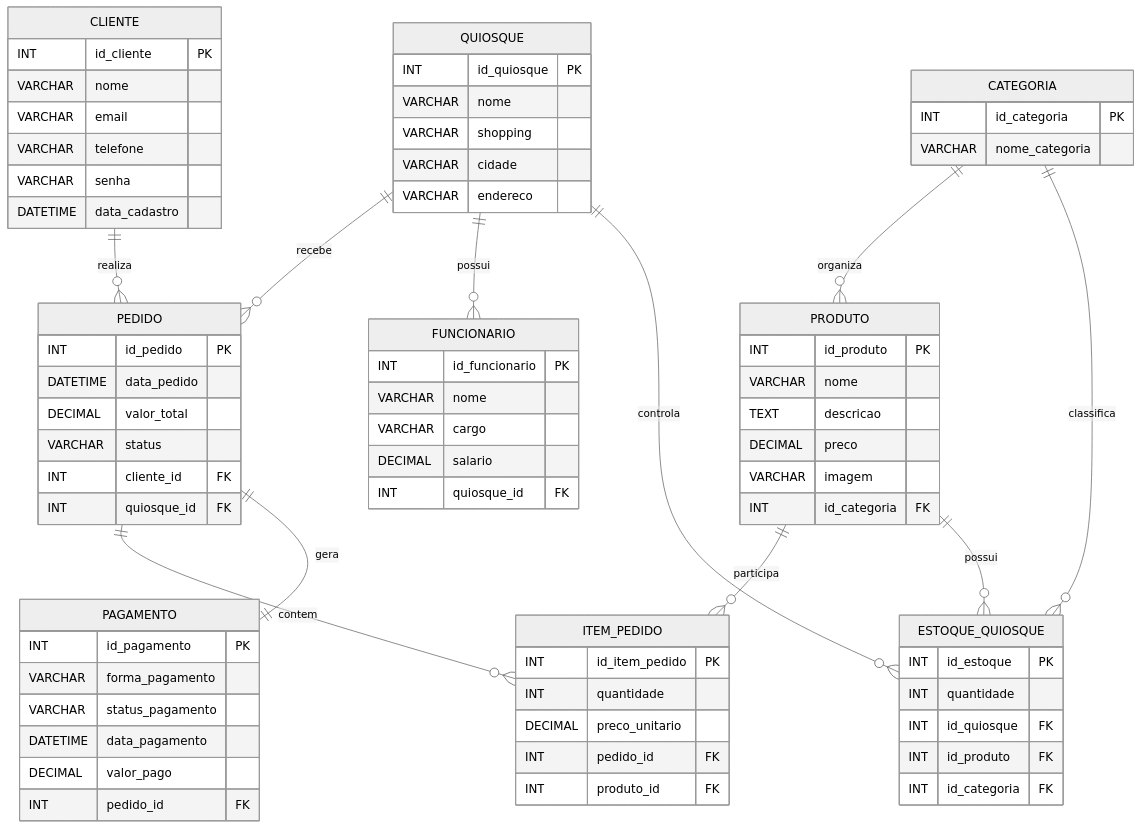
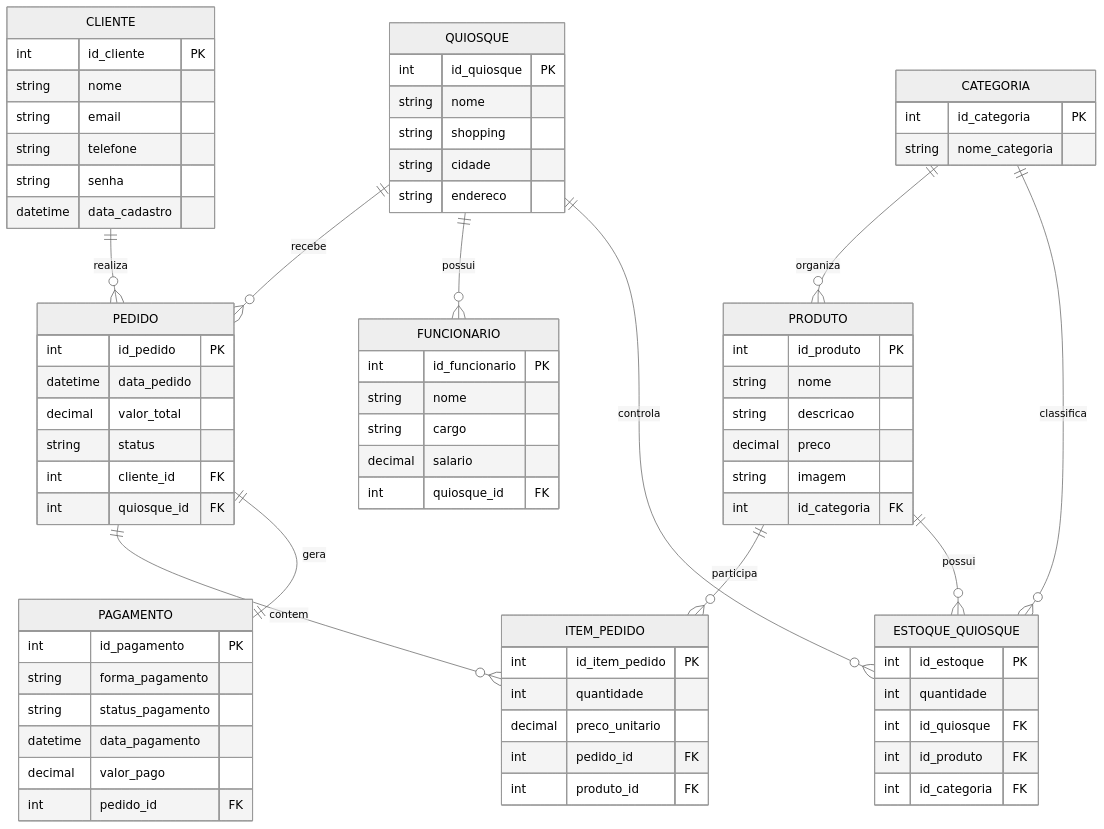
The diagram in README.md (SyntaxKills/doces_sobre_rodas), drawn with Mermaid (neutral theme) before and after one commit.

````diff
--- a/README.md
+++ b/README.md
@@ -56,5 +56,78 @@
 ```mermaid
 erDiagram
+
+CLIENTE {
+    int id_cliente PK
+    string nome
+    string email
+    string telefone
+    string senha
+    datetime data_cadastro
+}
+
+QUIOSQUE {
+    int id_quiosque PK
+    string nome
+    string shopping
+    string cidade
+    string endereco
+}
+
+FUNCIONARIO {
+    int id_funcionario PK
+    string nome
+    string cargo
+    decimal salario
+    int quiosque_id FK
+}
+
+CATEGORIA {
+    int id_categoria PK
+    string nome_categoria
+}
+
+PRODUTO {
+    int id_produto PK
+    string nome
+    string descricao
+    decimal preco
+    string imagem
+    int id_categoria FK
+}
+
+PEDIDO {
+    int id_pedido PK
+    datetime data_pedido
+    decimal valor_total
+    string status
+    int cliente_id FK
+    int quiosque_id FK
+}
+
+ITEM_PEDIDO {
+    int id_item_pedido PK
+    int quantidade
+    decimal preco_unitario
+    int pedido_id FK
+    int produto_id FK
+}
+
+PAGAMENTO {
+    int id_pagamento PK
+    string forma_pagamento
+    string status_pagamento
+    datetime data_pagamento
+    decimal valor_pago
+    int pedido_id FK
+}
+
+ESTOQUE_QUIOSQUE {
+    int id_estoque PK
+    int quantidade
+    int id_quiosque FK
+    int id_produto FK
+    int id_categoria FK
+}
 
 CLIENTE ||--o{ PEDIDO : realiza
 QUIOSQUE ||--o{ PEDIDO : recebe
@@ -62,81 +135,8 @@
 CATEGORIA ||--o{ PRODUTO : organiza
 PEDIDO ||--o{ ITEM_PEDIDO : contem
 PRODUTO ||--o{ ITEM_PEDIDO : participa
+PEDIDO ||--|| PAGAMENTO : gera
 QUIOSQUE ||--o{ ESTOQUE_QUIOSQUE : controla
 PRODUTO ||--o{ ESTOQUE_QUIOSQUE : possui
 CATEGORIA ||--o{ ESTOQUE_QUIOSQUE : classifica
-PEDIDO ||--|| PAGAMENTO : gera
-
-CLIENTE {
-    INT id_cliente PK
-    VARCHAR nome
-    VARCHAR email
-    VARCHAR telefone
-    VARCHAR senha
-    DATETIME data_cadastro
-}
-
-QUIOSQUE {
-    INT id_quiosque PK
-    VARCHAR nome
-    VARCHAR shopping
-    VARCHAR cidade
-    VARCHAR endereco
-}
-
-FUNCIONARIO {
-    INT id_funcionario PK
-    VARCHAR nome
-    VARCHAR cargo
-    DECIMAL salario
-    INT quiosque_id FK
-}
-
-CATEGORIA {
-    INT id_categoria PK
-    VARCHAR nome_categoria
-}
-
-PRODUTO {
-    INT id_produto PK
-    VARCHAR nome
-    TEXT descricao
-    DECIMAL preco
-    VARCHAR imagem
-    INT id_categoria FK
-}
-
-PEDIDO {
-    INT id_pedido PK
-    DATETIME data_pedido
-    DECIMAL valor_total
-    VARCHAR status
-    INT cliente_id FK
-    INT quiosque_id FK
-}
-
-ITEM_PEDIDO {
-    INT id_item_pedido PK
-    INT quantidade
-    DECIMAL preco_unitario
-    INT pedido_id FK
-    INT produto_id FK
-}
-
-PAGAMENTO {
-    INT id_pagamento PK
-    VARCHAR forma_pagamento
-    VARCHAR status_pagamento
-    DATETIME data_pagamento
-    DECIMAL valor_pago
-    INT pedido_id FK
-}
-
-ESTOQUE_QUIOSQUE {
-    INT id_estoque PK
-    INT quantidade
-    INT id_quiosque FK
-    INT id_produto FK
-    INT id_categoria FK
-}
 ```
````
